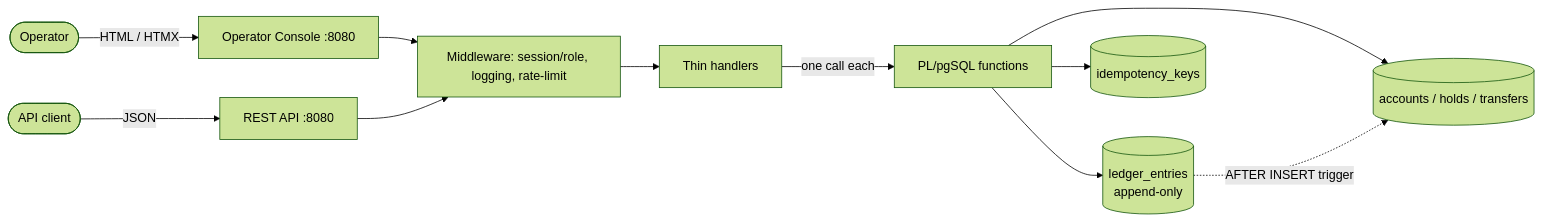
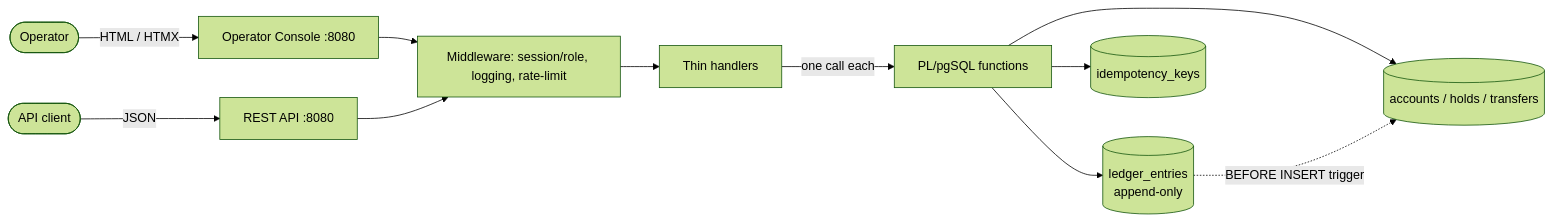
Before and after one commit to minhtt159/bank0: the first of 2 diagrams in docs/01-overview.md, drawn with Mermaid (forest theme). The commit also changed other lines of this file and 9 other files, not shown here.

````diff
--- a/docs/01-overview.md
+++ b/docs/01-overview.md
@@ -102,13 +102,13 @@
 ```mermaid
 graph LR
     Op([Operator]) -->|HTML / HTMX| Web[Operator Console :8080]
     Client([API client]) -->|JSON| API[REST API :8080]
     Web --> MW[Middleware: session/role, logging, rate-limit]
     API --> MW
     MW --> H[Thin handlers]
     H -->|one call each| FN[PL/pgSQL functions]
     FN --> L[(ledger_entries\nappend-only)]
     FN --> A[(accounts / holds / transfers)]
-    L -. AFTER INSERT trigger .-> A
+    L -. BEFORE INSERT trigger .-> A
     FN --> IK[(idempotency_keys)]
 ```
````
